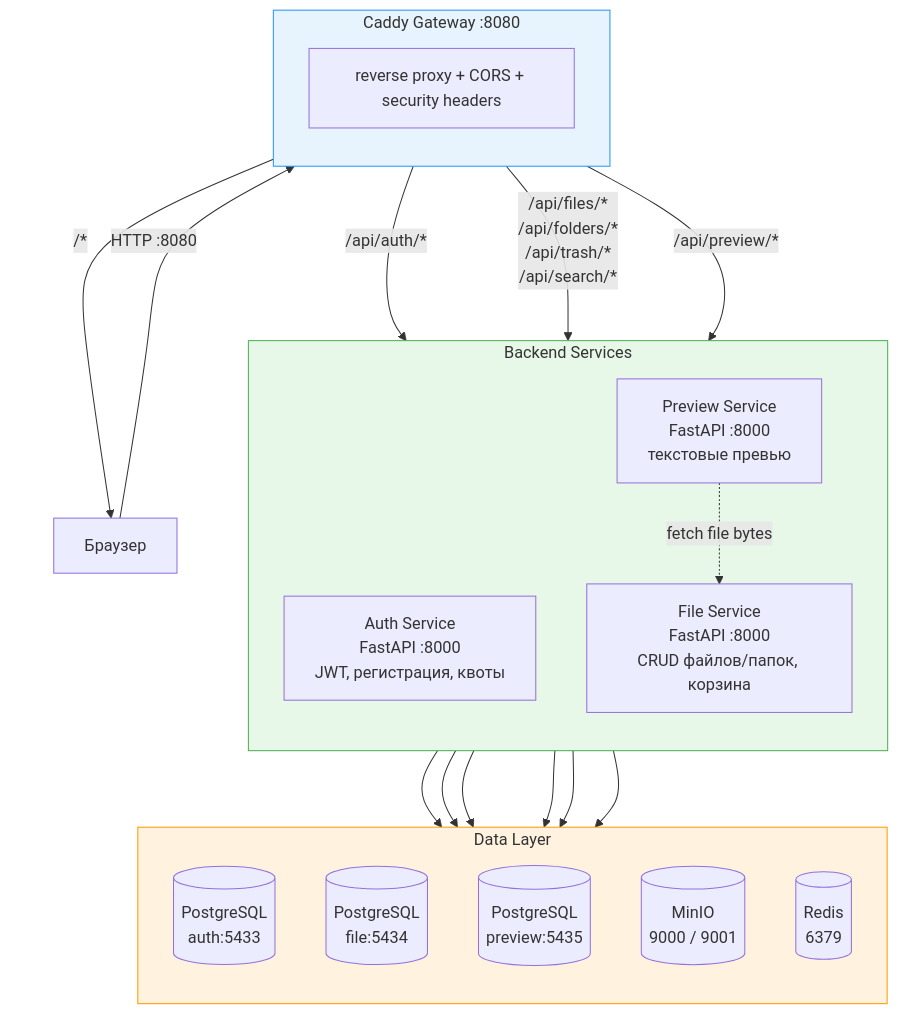
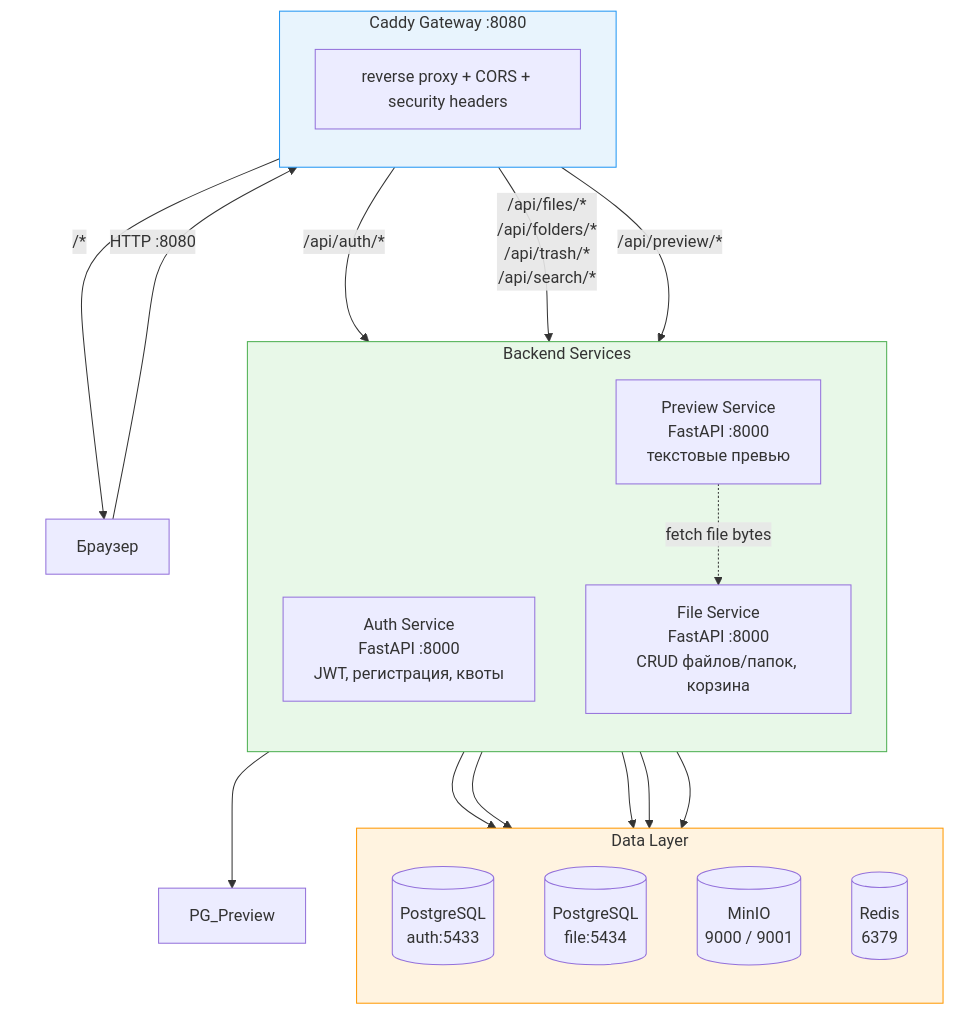
Before and after one commit to belplaton/CFS: the first of 9 diagrams in ARCHITECTURE.md, drawn with Mermaid. The commit also changed other lines of this file and 1 other file, not shown here.

````diff
--- a/ARCHITECTURE.md
+++ b/ARCHITECTURE.md
@@ -19,46 +19,45 @@
 ```mermaid
 graph TB
     subgraph Client[" "]
         Browser["Браузер"]
     end
 
     subgraph Gateway["Caddy Gateway :8080"]
         direction TB
         Caddy["reverse proxy + CORS + security headers"]
     end
 
     subgraph Backend["Backend Services"]
         direction TB
         Auth["Auth Service<br/>FastAPI :8000<br/>JWT, регистрация, квоты"]
         File["File Service<br/>FastAPI :8000<br/>CRUD файлов/папок, корзина"]
         Preview["Preview Service<br/>FastAPI :8000<br/>текстовые превью"]
     end
 
     subgraph Data["Data Layer"]
         direction TB
         PG_Auth[("PostgreSQL<br/>auth:5433")]
         PG_File[("PostgreSQL<br/>file:5434")]
-        PG_Preview[("PostgreSQL<br/>preview:5435")]
         MinIO[("MinIO<br/>9000 / 9001")]
         Redis[("Redis<br/>6379")]
     end
 
     Browser -->|"HTTP :8080"| Caddy
     Caddy -->|"/api/auth/*"| Auth
     Caddy -->|"/api/files/*<br/>/api/folders/*<br/>/api/trash/*<br/>/api/search/*"| File
     Caddy -->|"/api/preview/*"| Preview
     Caddy -->|"/*"| Browser
 
     Auth --> PG_Auth
     Auth --> Redis
     File --> PG_File
     File --> MinIO
     File --> Redis
     Preview --> PG_Preview
     Preview -.->|"fetch file bytes"| File
 
     style Client fill:none,stroke:none
     style Gateway fill:#e8f4fd,stroke:#2196F3
     style Backend fill:#e8f8e8,stroke:#4CAF50
     style Data fill:#fff3e0,stroke:#FF9800
 ```
````
